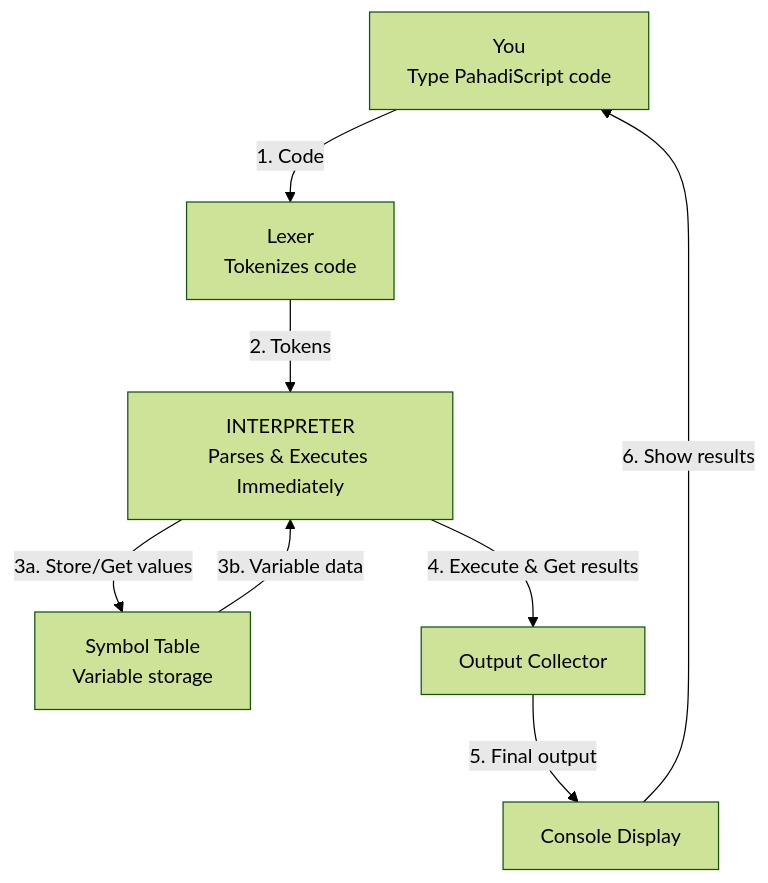
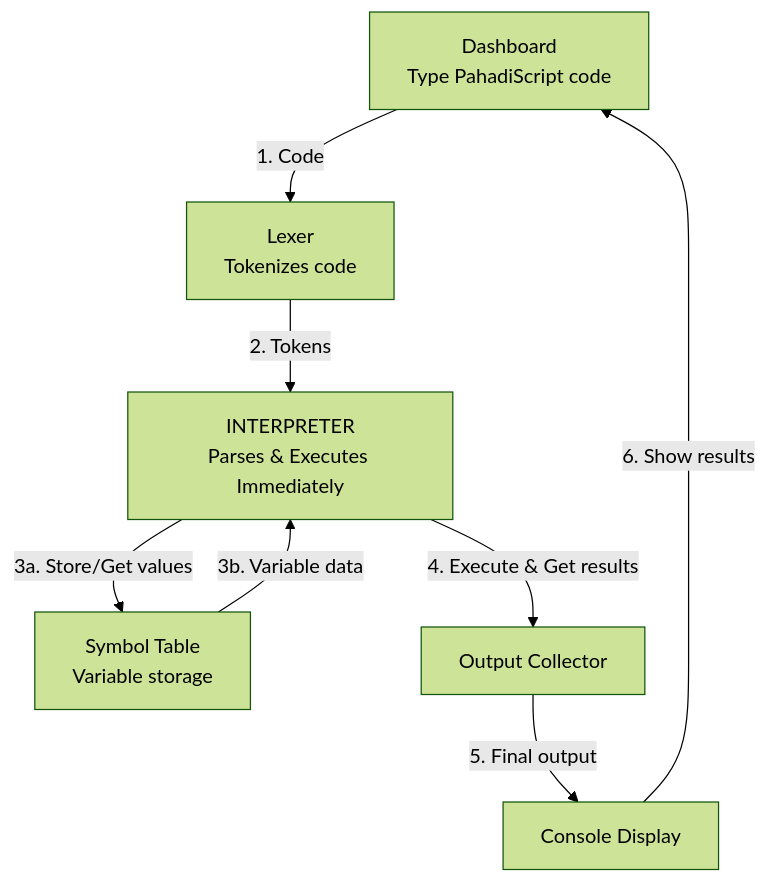
The third of 3 diagrams in README.md (ankush850/HimalayanCode-PahadiScript-Web-Interpreter-), drawn with Mermaid (forest theme) before and after one commit.

Commit message:
Update data flow diagram to include Dashboard

````diff
--- a/README.md
+++ b/README.md
@@ -144,17 +144,17 @@
 ```mermaid
 flowchart TD
-    You[ You<br>Type PahadiScript code]
+    Dashboard[Dashboard<br>Type PahadiScript code]
     Lexer[ Lexer<br>Tokenizes code]
     Interpreter[ INTERPRETER<br>Parses & Executes Immediately]
     Memory[ Symbol Table<br>Variable storage]
     Output[ Output Collector]
     Console[ Console Display]
 
-    You -- "1. Code" --> Lexer
+    Dashboard -- "1. Code" --> Lexer
     Lexer -- "2. Tokens" --> Interpreter
     Interpreter -- "3a. Store/Get values" --> Memory
     Memory -- "3b. Variable data" --> Interpreter
     Interpreter -- "4. Execute & Get results" --> Output
     Output -- "5. Final output" --> Console
-    Console -- "6. Show results" --> You
+    Console -- "6. Show results" --> Dashboard
 ```
````
